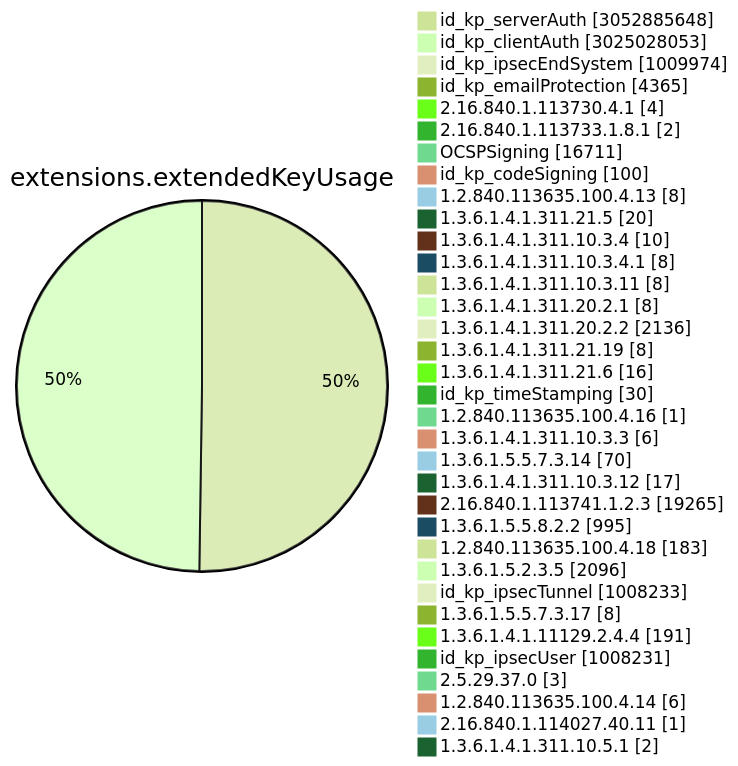
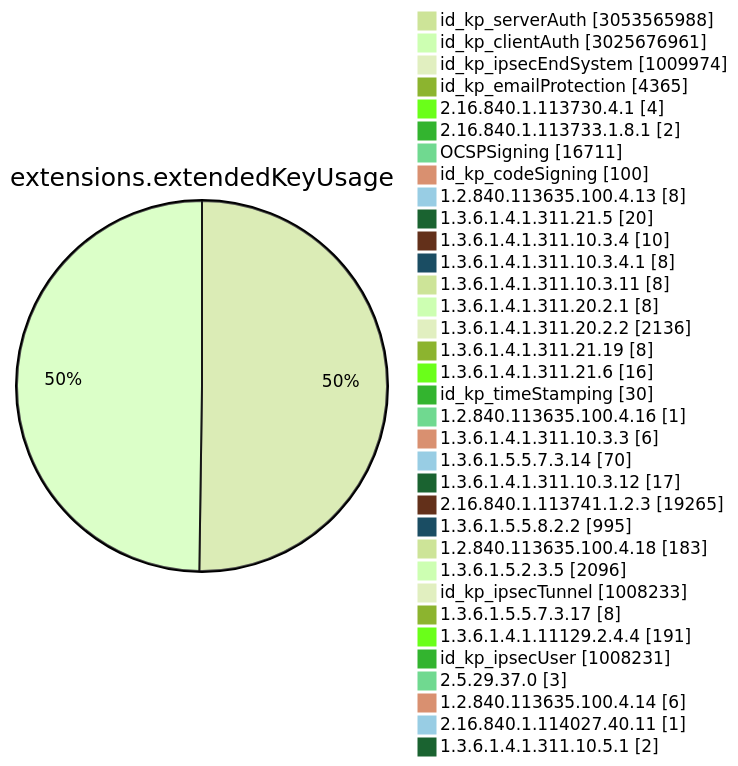
One commit to christiankrug/ctmonitor_visualization changed diagram 11 of 15 in TOTAL/README.md. Above: the diagram before and after it, drawn with Mermaid (forest theme). The commit also changed other lines of this file, not shown here.

````diff
--- a/TOTAL/README.md
+++ b/TOTAL/README.md
@@ -4117,38 +4117,38 @@
 ```mermaid
 pie showData
 title extensions.extendedKeyUsage
-"id_kp_serverAuth" :3052885648
-"id_kp_clientAuth" :3025028053
+"id_kp_serverAuth" :3053565988
+"id_kp_clientAuth" :3025676961
 "id_kp_ipsecEndSystem" :1009974
 "id_kp_emailProtection" :4365
 "2.16.840.1.113730.4.1" :4
 "2.16.840.1.113733.1.8.1" :2
 "OCSPSigning" :16711
 "id_kp_codeSigning" :100
 "1.2.840.113635.100.4.13" :8
 "1.3.6.1.4.1.311.21.5" :20
 "1.3.6.1.4.1.311.10.3.4" :10
 "1.3.6.1.4.1.311.10.3.4.1" :8
 "1.3.6.1.4.1.311.10.3.11" :8
 "1.3.6.1.4.1.311.20.2.1" :8
 "1.3.6.1.4.1.311.20.2.2" :2136
 "1.3.6.1.4.1.311.21.19" :8
 "1.3.6.1.4.1.311.21.6" :16
 "id_kp_timeStamping" :30
 "1.2.840.113635.100.4.16" :1
 "1.3.6.1.4.1.311.10.3.3" :6
 "1.3.6.1.5.5.7.3.14" :70
 "1.3.6.1.4.1.311.10.3.12" :17
 "2.16.840.1.113741.1.2.3" :19265
 "1.3.6.1.5.5.8.2.2" :995
 "1.2.840.113635.100.4.18" :183
 "1.3.6.1.5.2.3.5" :2096
 "id_kp_ipsecTunnel" :1008233
 "1.3.6.1.5.5.7.3.17" :8
 "1.3.6.1.4.1.11129.2.4.4" :191
 "id_kp_ipsecUser" :1008231
 "2.5.29.37.0" :3
 "1.2.840.113635.100.4.14" :6
 "2.16.840.1.114027.40.11" :1
 "1.3.6.1.4.1.311.10.5.1" :2
 ```
````
